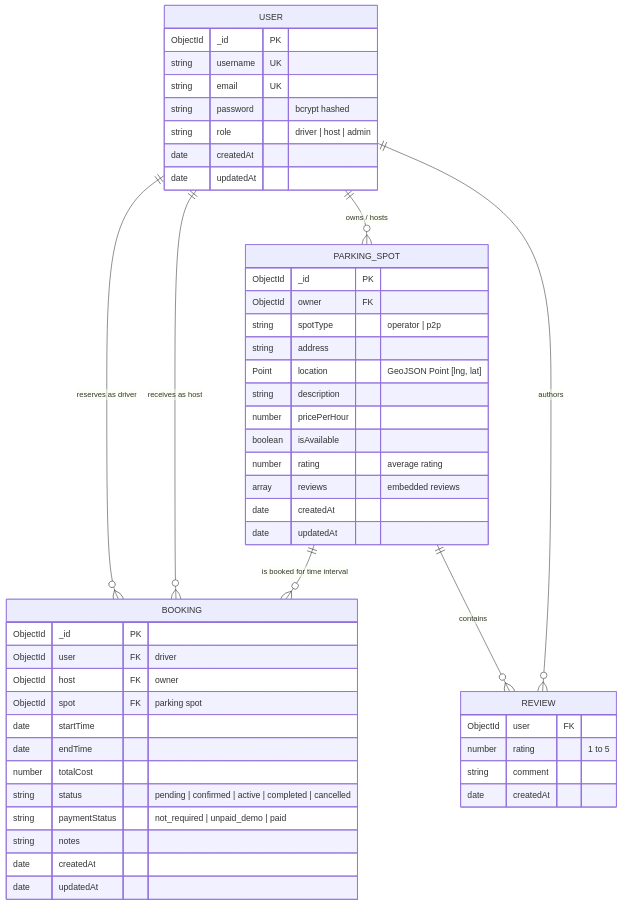
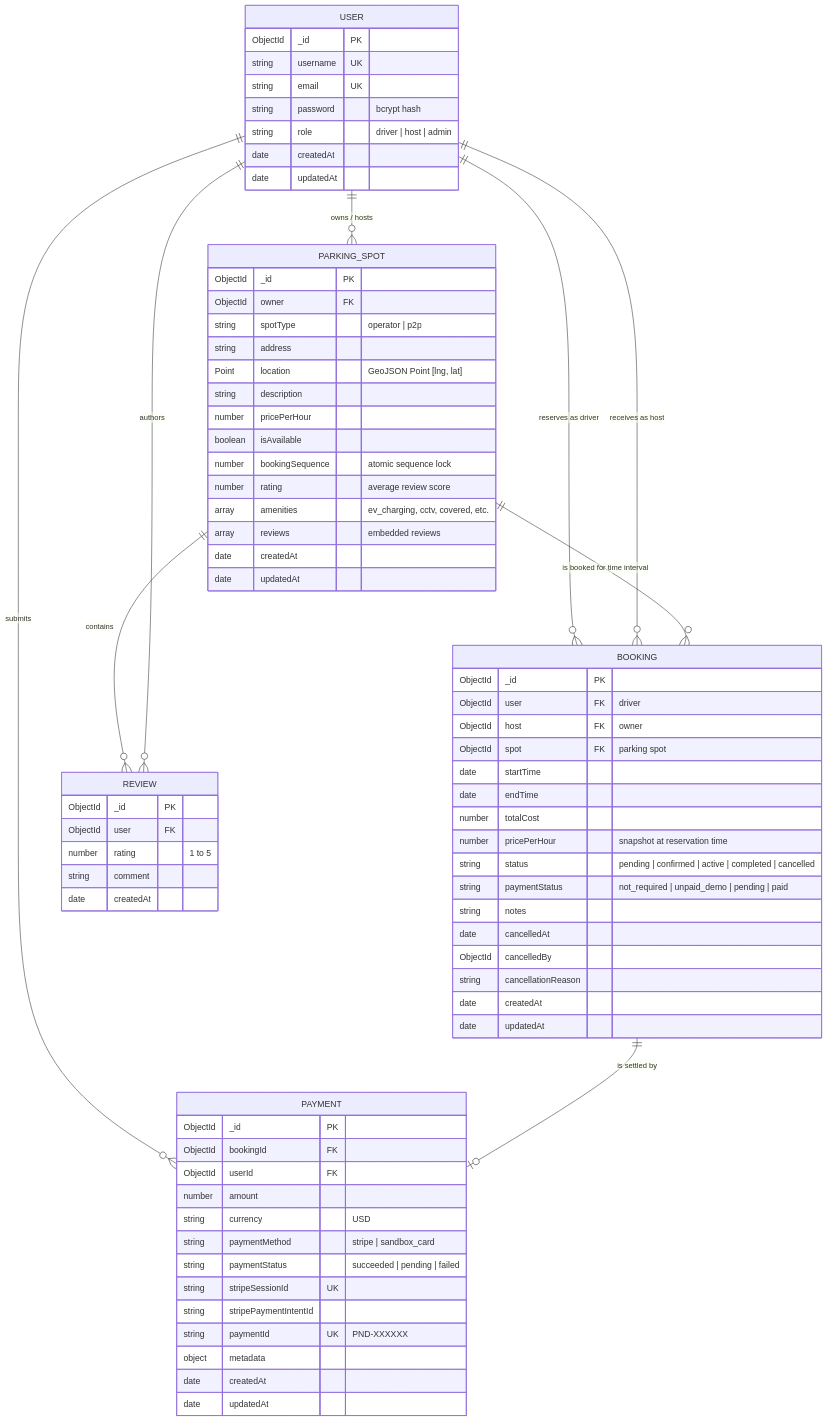
The second of 2 diagrams in docs/ARCHITECTURE.md (Krishna200608/ParkingFinder), drawn with Mermaid before and after one commit. The commit also changed other lines of this file and 7 other files, not shown here.

````diff
--- a/docs/ARCHITECTURE.md
+++ b/docs/ARCHITECTURE.md
@@ -62,56 +89,81 @@
 ```mermaid
 erDiagram
     USER ||--o{ PARKING_SPOT : "owns / hosts"
     USER ||--o{ BOOKING : "reserves as driver"
     USER ||--o{ BOOKING : "receives as host"
+    USER ||--o{ PAYMENT : "submits"
     PARKING_SPOT ||--o{ BOOKING : "is booked for time interval"
     PARKING_SPOT ||--o{ REVIEW : "contains"
+    BOOKING ||--o| PAYMENT : "is settled by"
     USER ||--o{ REVIEW : "authors"
 
     USER {
         ObjectId _id PK
         string username UK
         string email UK
-        string password "bcrypt hashed"
+        string password "bcrypt hash"
         string role "driver | host | admin"
         date createdAt
         date updatedAt
     }
 
     PARKING_SPOT {
         ObjectId _id PK
         ObjectId owner FK
         string spotType "operator | p2p"
         string address
         Point location "GeoJSON Point [lng, lat]"
         string description
         number pricePerHour
         boolean isAvailable
-        number rating "average rating"
+        number bookingSequence "atomic sequence lock"
+        number rating "average review score"
+        array amenities "ev_charging, cctv, covered, etc."
         array reviews "embedded reviews"
         date createdAt
         date updatedAt
     }
 
     BOOKING {
         ObjectId _id PK
         ObjectId user FK "driver"
         ObjectId host FK "owner"
         ObjectId spot FK "parking spot"
         date startTime
         date endTime
         number totalCost
+        number pricePerHour "snapshot at reservation time"
         string status "pending | confirmed | active | completed | cancelled"
-        string paymentStatus "not_required | unpaid_demo | paid"
+        string paymentStatus "not_required | unpaid_demo | pending | paid"
         string notes
+        date cancelledAt
+        ObjectId cancelledBy
+        string cancellationReason
+        date createdAt
+        date updatedAt
+    }
+
+    PAYMENT {
+        ObjectId _id PK
+        ObjectId bookingId FK
+        ObjectId userId FK
+        number amount
+        string currency "USD"
+        string paymentMethod "stripe | sandbox_card"
+        string paymentStatus "succeeded | pending | failed"
+        string stripeSessionId UK
+        string stripePaymentIntentId
+        string paymentId UK "PND-XXXXXX"
+        object metadata
         date createdAt
         date updatedAt
     }
 
     REVIEW {
+        ObjectId _id PK
         ObjectId user FK
         number rating "1 to 5"
         string comment
         date createdAt
     }
 ```
````
